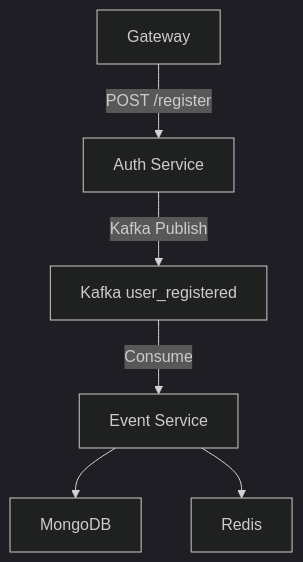
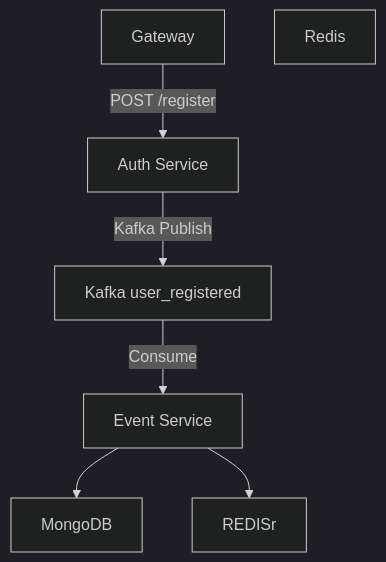
The diagram in README.md (foreverfl/nexon-backend), drawn with Mermaid (dark theme) before and after one commit. The commit also changed 9 other files, not shown here.

````diff
--- a/README.md
+++ b/README.md
@@ -69,15 +69,15 @@
 ```mermaid
 graph TD
   GW[Gateway]
   AUTH[Auth Service]
   EVENT[Event Service]
   KAFKA[Kafka user_registered]
   MONGO[MongoDB]
   REDIS[Redis]
 
   GW -->|POST /register| AUTH
   AUTH -->|Kafka Publish| KAFKA
   KAFKA -->|Consume| EVENT
   EVENT --> MONGO
-  EVENT --> REDIS
+  EVENT --> REDISr
 ```
````
